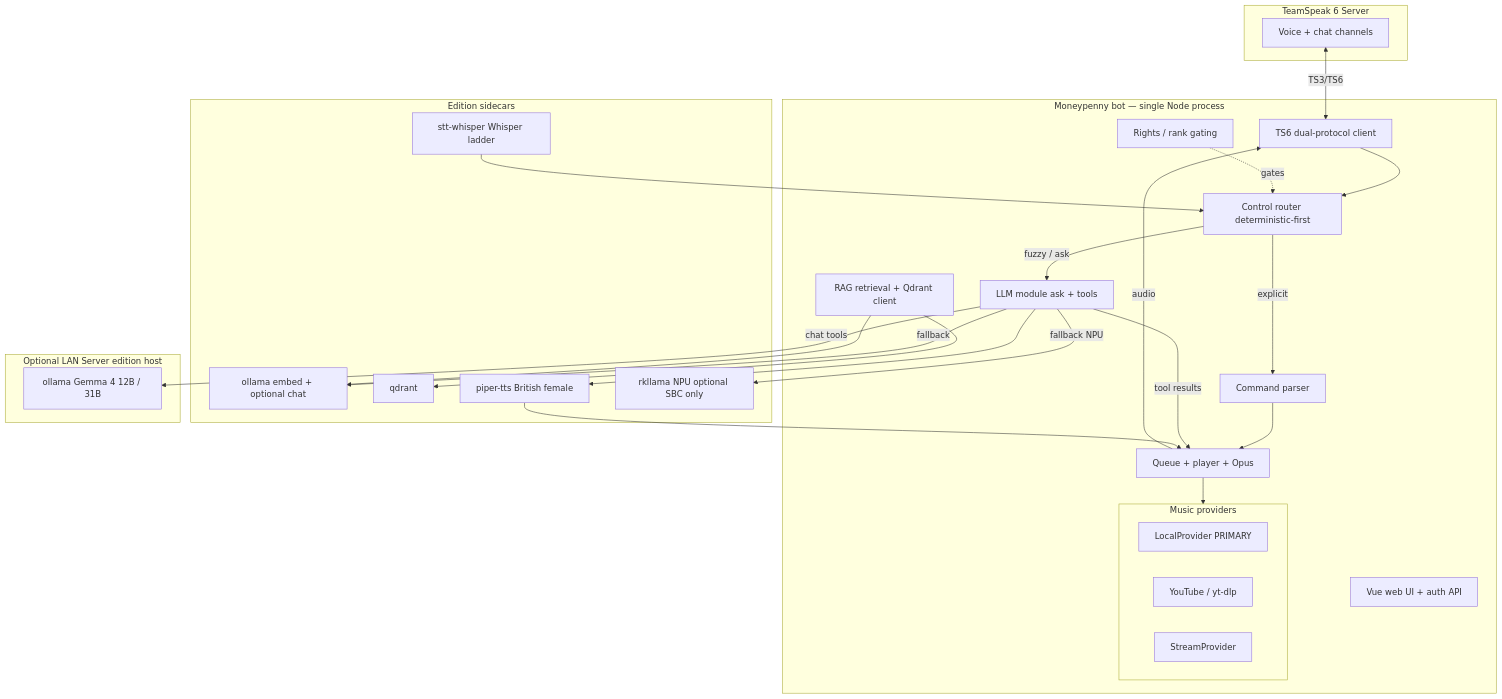
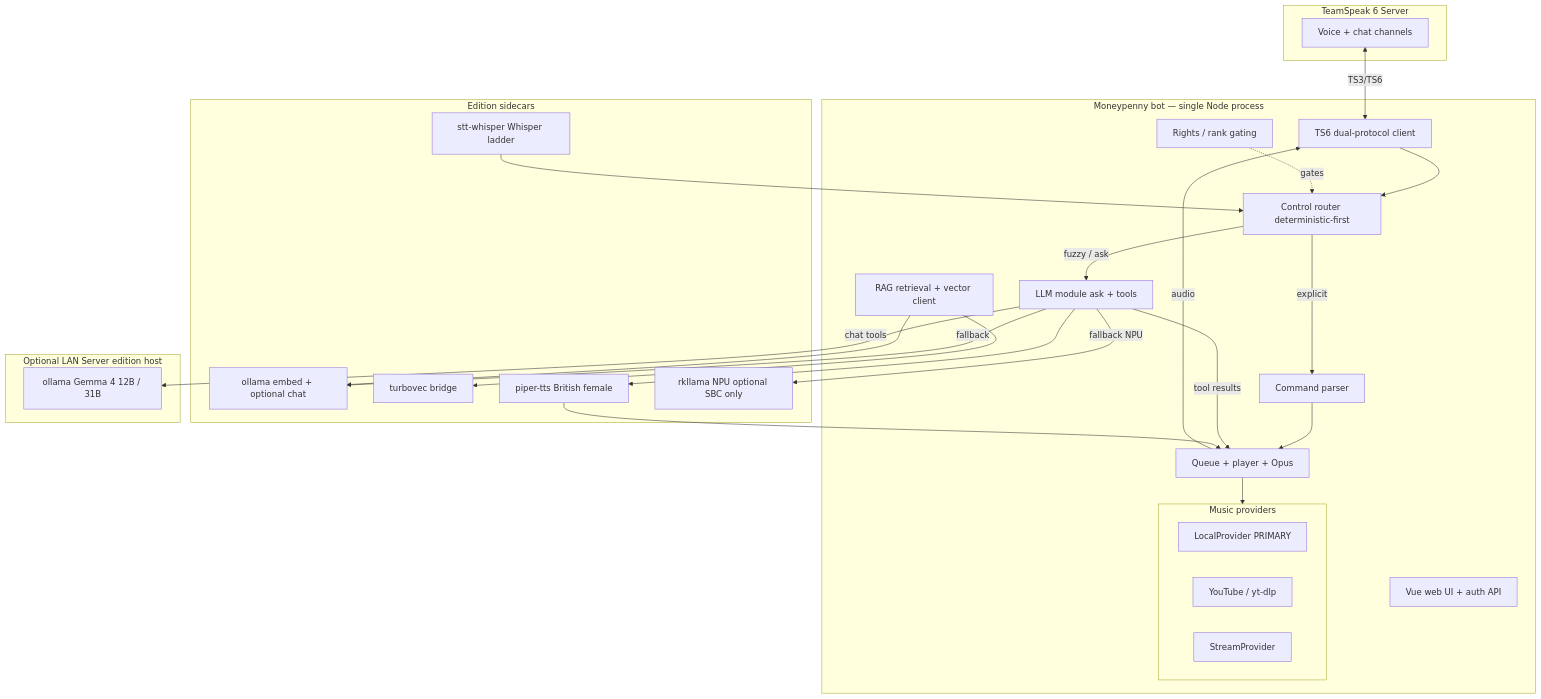
The diagram in DESIGN.md (lmambr2/moneypenny), drawn with Mermaid before and after one commit. The commit also changed other lines of this file and 18 other files, not shown here.

````diff
--- a/DESIGN.md
+++ b/DESIGN.md
@@ -114,51 +114,51 @@
 ```mermaid
 flowchart TD
     subgraph TS["TeamSpeak 6 Server"]
         CH[Voice + chat channels]
     end
 
     subgraph BOT["Moneypenny bot — single Node process"]
         CLIENT[TS6 dual-protocol client]
         ROUTER[Control router deterministic-first]
         CMD[Command parser]
         LLMOD[LLM module ask + tools]
         RIGHTS[Rights / rank gating]
         subgraph PROV["Music providers"]
             LOCAL[LocalProvider PRIMARY]
             YT[YouTube / yt-dlp]
             STREAM[StreamProvider]
         end
         QUEUE[Queue + player + Opus]
         WEB[Vue web UI + auth API]
-        RAG[RAG retrieval + Qdrant client]
+        RAG[RAG retrieval + vector client]
     end
 
     subgraph EDGE["Edition sidecars"]
         OLLAMA[ollama embed + optional chat]
-        QDRANT[qdrant]
+        TURBOVEC[turbovec bridge]
         STT[stt-whisper Whisper ladder]
         TTS[piper-tts British female]
         NPU[rkllama NPU optional SBC only]
     end
 
     subgraph LAN["Optional LAN Server edition host"]
         BIG[ollama Gemma 4 12B / 31B]
     end
 
     CH <-->|TS3/TS6| CLIENT
     CLIENT --> ROUTER
     ROUTER -->|explicit| CMD
     ROUTER -->|fuzzy / ask| LLMOD
     LLMOD -->|chat tools| BIG
     LLMOD -->|fallback| OLLAMA
     LLMOD -->|fallback NPU| NPU
-    RAG --> QDRANT
+    RAG --> TURBOVEC
     RAG --> OLLAMA
     CMD --> QUEUE
     LLMOD -->|tool results| QUEUE
     RIGHTS -. gates .-> ROUTER
     QUEUE --> PROV
     QUEUE -->|audio| CLIENT
     STT --> ROUTER
     LLMOD --> TTS --> QUEUE
 ```
````
